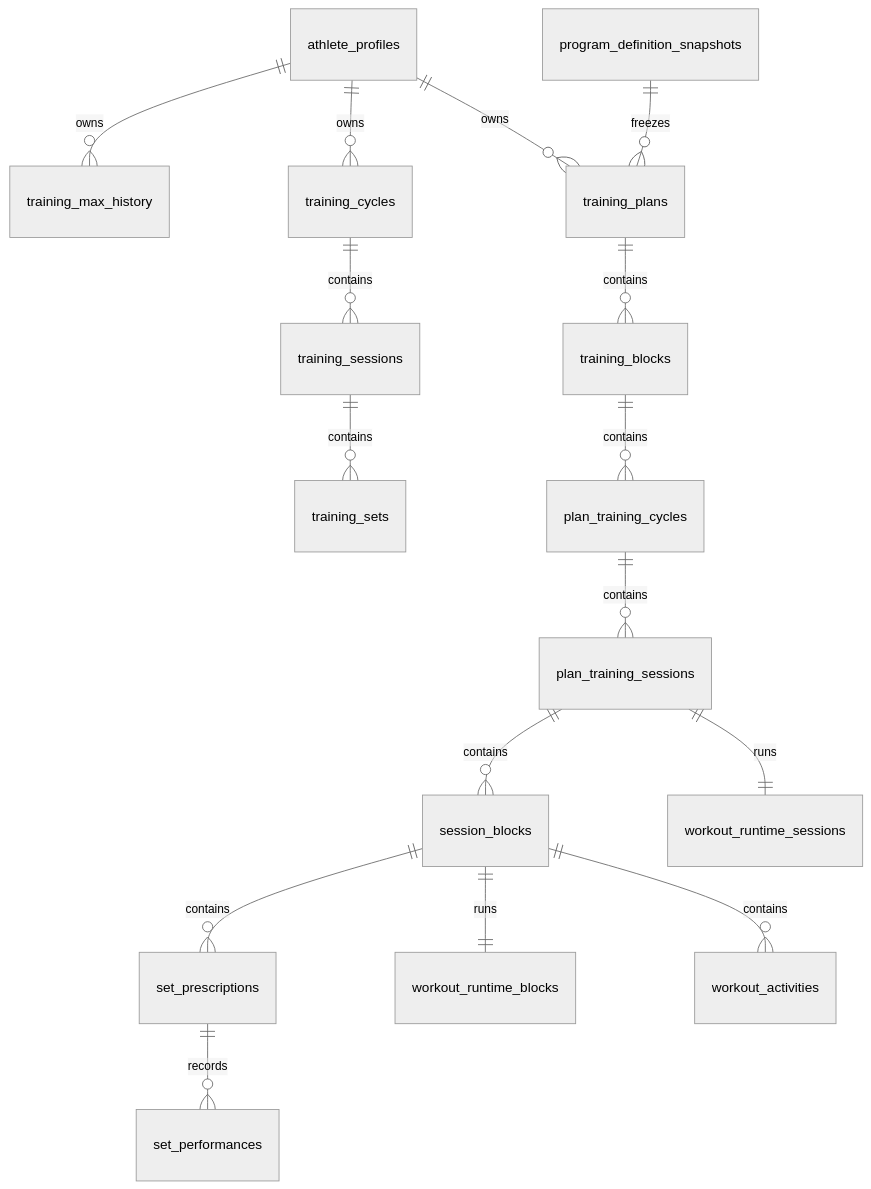
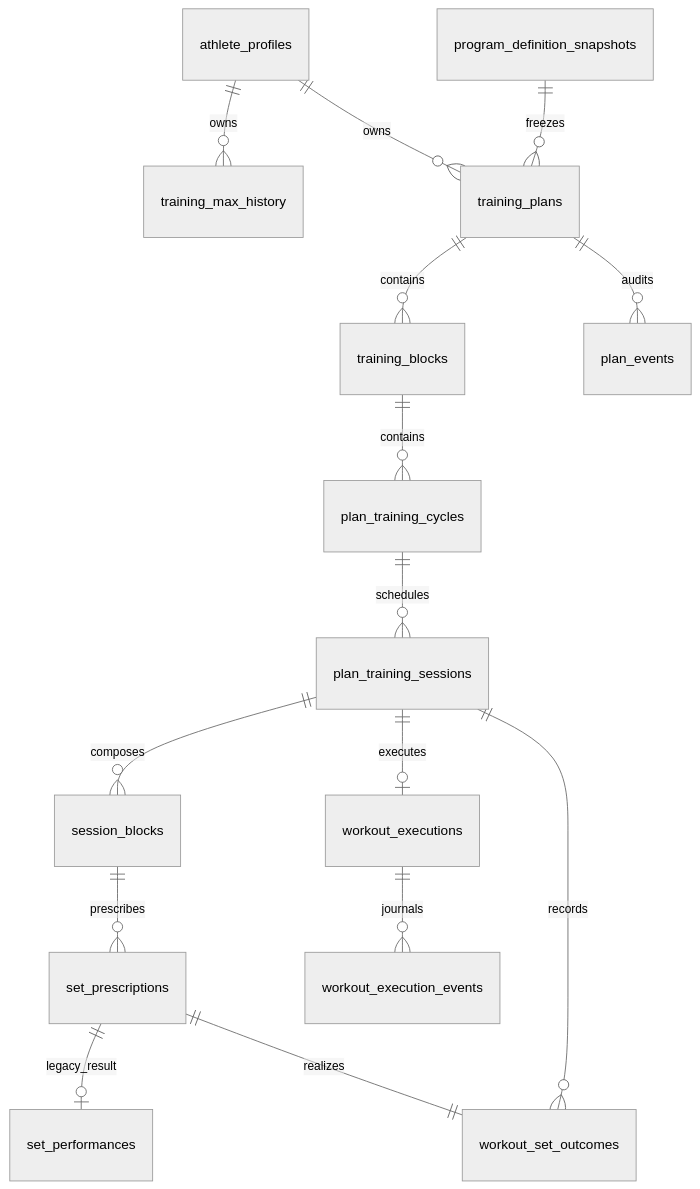
One commit to Totem974/HybridTraining changed the diagram in docs/architecture/data-model-and-logical-schema.md. Above: the diagram before and after it, drawn with Mermaid (neutral theme). The commit also changed other lines of this file and 9 other files, not shown here.

Commit message:
docs: document final core architecture and validation

````diff
--- a/docs/architecture/data-model-and-logical-schema.md
+++ b/docs/architecture/data-model-and-logical-schema.md
@@ -5,18 +5,17 @@
 ```mermaid
 erDiagram
   athlete_profiles ||--o{ training_max_history : owns
-  athlete_profiles ||--o{ training_cycles : owns
-  training_cycles ||--o{ training_sessions : contains
-  training_sessions ||--o{ training_sets : contains
   athlete_profiles ||--o{ training_plans : owns
   program_definition_snapshots ||--o{ training_plans : freezes
   training_plans ||--o{ training_blocks : contains
   training_blocks ||--o{ plan_training_cycles : contains
-  plan_training_cycles ||--o{ plan_training_sessions : contains
-  plan_training_sessions ||--o{ session_blocks : contains
-  session_blocks ||--o{ set_prescriptions : contains
-  set_prescriptions ||--o{ set_performances : records
-  plan_training_sessions ||--|| workout_runtime_sessions : runs
-  session_blocks ||--|| workout_runtime_blocks : runs
-  session_blocks ||--o{ workout_activities : contains
+  plan_training_cycles ||--o{ plan_training_sessions : schedules
+  plan_training_sessions ||--o{ session_blocks : composes
+  session_blocks ||--o{ set_prescriptions : prescribes
+  set_prescriptions ||--o| set_performances : legacy_result
+  plan_training_sessions ||--o| workout_executions : executes
+  workout_executions ||--o{ workout_execution_events : journals
+  plan_training_sessions ||--o{ workout_set_outcomes : records
+  set_prescriptions ||--|| workout_set_outcomes : realizes
+  training_plans ||--o{ plan_events : audits
 ```
````
